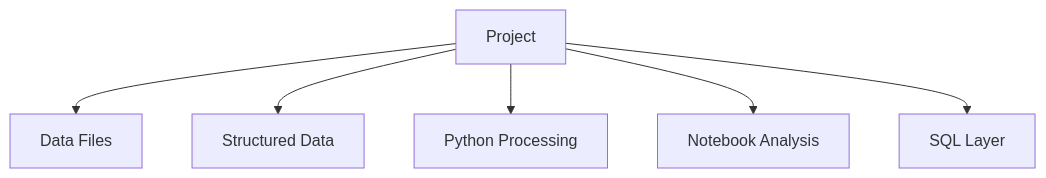
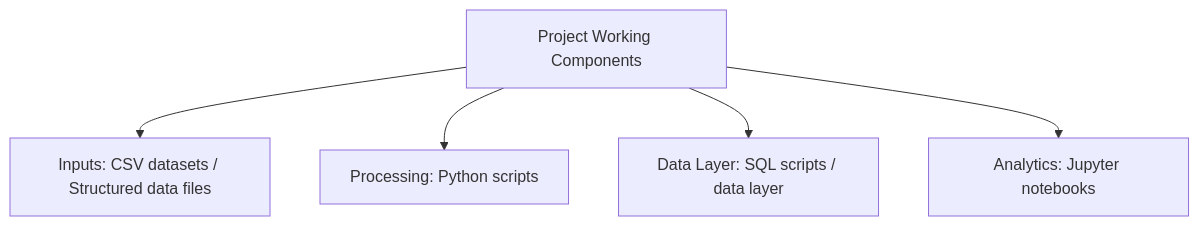
Before and after one commit to gawandeshil03-ops/e-commerce-journey-analytics-portfolio: the diagram in README.md, drawn with Mermaid. The commit also changed other lines of this file, not shown here.

````diff
--- a/README.md
+++ b/README.md
@@ -26,9 +30,8 @@
 ```mermaid
 flowchart TD
-    P["Project"]
-    P --> N0["Data Files"]
-    P --> N1["Structured Data"]
-    P --> N2["Python Processing"]
-    P --> N3["Notebook Analysis"]
-    P --> N4["SQL Layer"]
+    P["Project Working Components"]
+    P --> G1["Inputs: CSV datasets / Structured data files"]
+    P --> G2["Processing: Python scripts"]
+    P --> G3["Data Layer: SQL scripts / data layer"]
+    P --> G4["Analytics: Jupyter notebooks"]
 ```
````
